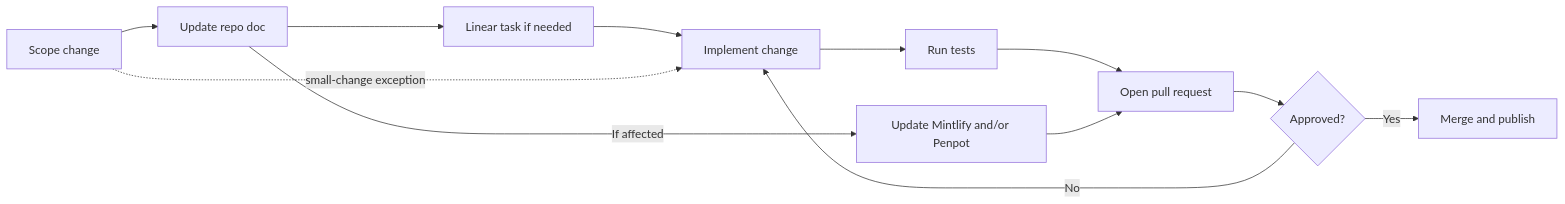
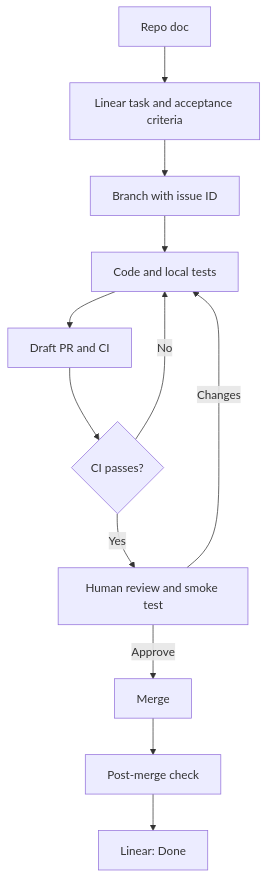
One commit to SieuJS/SieuVoca changed the fourth of 4 diagrams in product/ielts-extension/architecture-summary.md. Above: the diagram before and after it, drawn with Mermaid. The commit also changed 1 other file, not shown here.

Commit message:
docs: update flow

````diff
--- a/product/ielts-extension/architecture-summary.md
+++ b/product/ielts-extension/architecture-summary.md
@@ -66,14 +66,14 @@
 ```mermaid
-flowchart LR
-    A[Scope change] --> B[Update repo doc]
-    B --> C[Linear task if needed]
-    C --> D[Implement change]
-    D --> E[Run tests]
-    E --> F[Open pull request]
-    F --> G{Approved?}
-    G -->|No| D
-    G -->|Yes| H[Merge and publish]
-    B -->|If affected| I[Update Mintlify and/or Penpot]
-    I --> F
-    A -. small-change exception .-> D
+flowchart TD
+    A[Repo doc] --> B[Linear task and acceptance criteria]
+    B --> C[Branch with issue ID]
+    C --> D[Code and local tests]
+    D --> E[Draft PR and CI]
+    E --> F{CI passes?}
+    F -->|No| D
+    F -->|Yes| G[Human review and smoke test]
+    G -->|Changes| D
+    G -->|Approve| H[Merge]
+    H --> I[Post-merge check]
+    I --> J[Linear: Done]
 ```
````
